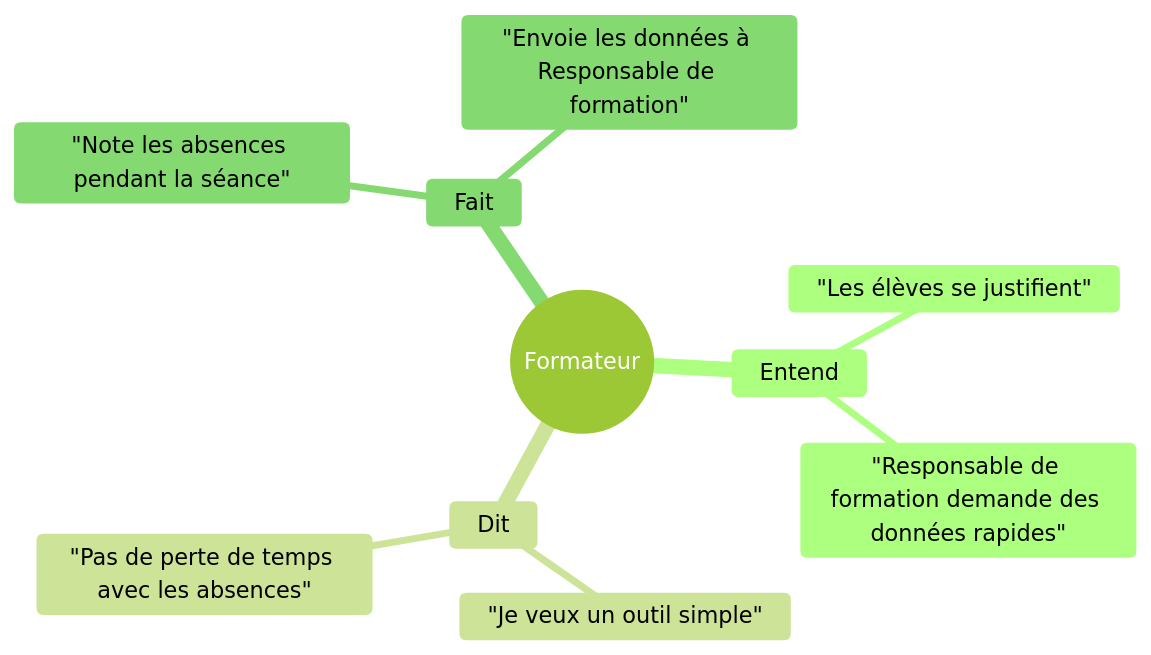
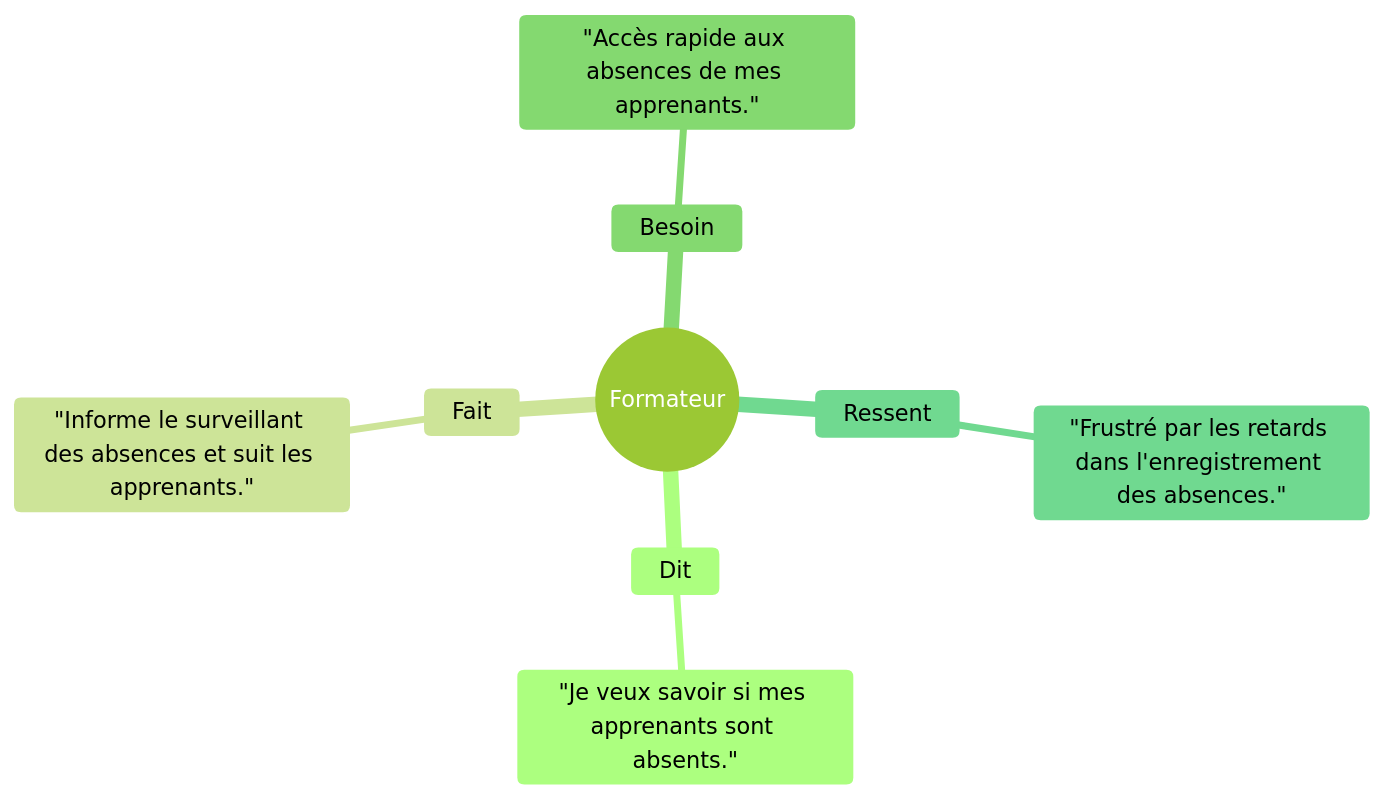
The diagram in Branche_fonctionnelle/desing_thinking/empathie_Formateur.mermaid (DevZakariaAz/Projet_fil_rouge_v1), drawn with Mermaid (forest theme) before and after one commit. The commit also changed 28 other files, not shown here.

```diff
--- a/Branche_fonctionnelle/desing_thinking/empathie_Formateur.mermaid
+++ b/Branche_fonctionnelle/desing_thinking/empathie_Formateur.mermaid
@@ -1,12 +1,10 @@
 mindmap
   root((Formateur))
-    Entend
-      "Les élèves se justifient"
-      "Responsable de formation demande des données rapides"
     Dit
-      "Je veux un outil simple"
-      "Pas de perte de temps avec les absences"
-
+      "Je veux savoir si mes apprenants sont absents."
     Fait
-      "Note les absences pendant la séance"
-      "Envoie les données à Responsable de formation"
+      "Informe le surveillant des absences et suit les apprenants."
+    Besoin
+      "Accès rapide aux absences de mes apprenants."
+    Ressent
+      "Frustré par les retards dans l'enregistrement des absences."
```
